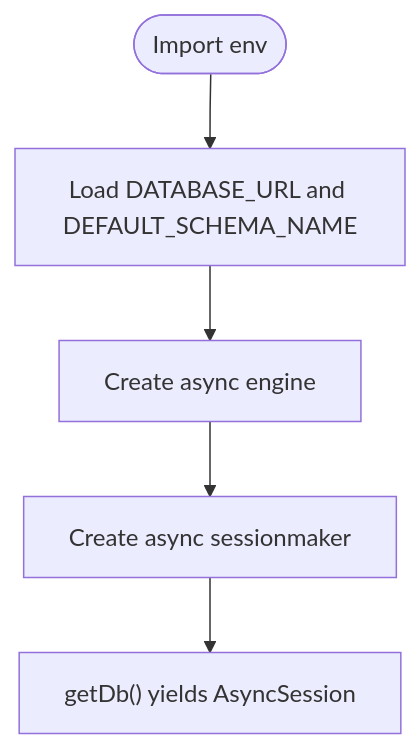
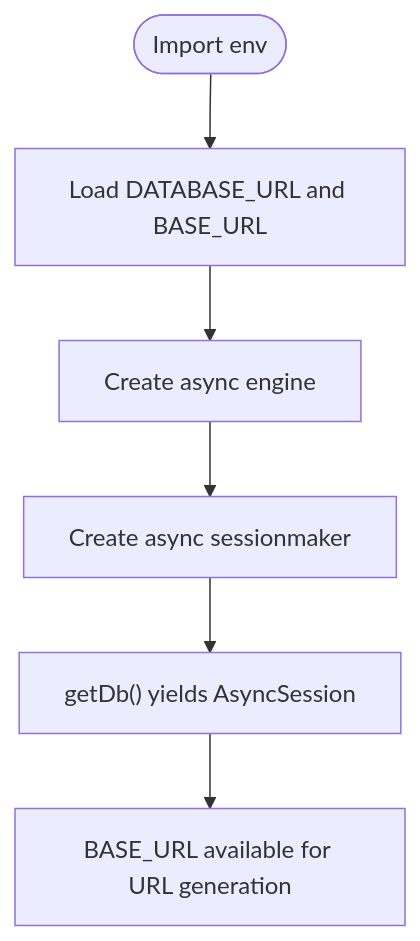
Before and after one commit to srikant-panda/auth-service: the tenth of 13 diagrams in .qoder/repowiki/en/content/Core Concepts/User Authentication System.md, drawn with Mermaid. The commit also changed other lines of this file and 6 other files, not shown here.

````diff
--- a/.qoder/repowiki/en/content/Core Concepts/User Authentication System.md
+++ b/.qoder/repowiki/en/content/Core Concepts/User Authentication System.md
@@ -431,7 +447,8 @@
 ```mermaid
 flowchart TD
-Start(["Import env"]) --> Load["Load DATABASE_URL and DEFAULT_SCHEMA_NAME"]
+Start(["Import env"]) --> Load["Load DATABASE_URL and BASE_URL"]
 Load --> Engine["Create async engine"]
 Engine --> Session["Create async sessionmaker"]
 Session --> GetDB["getDb() yields AsyncSession"]
+GetDB --> Config["BASE_URL available for URL generation"]
 ```
````
